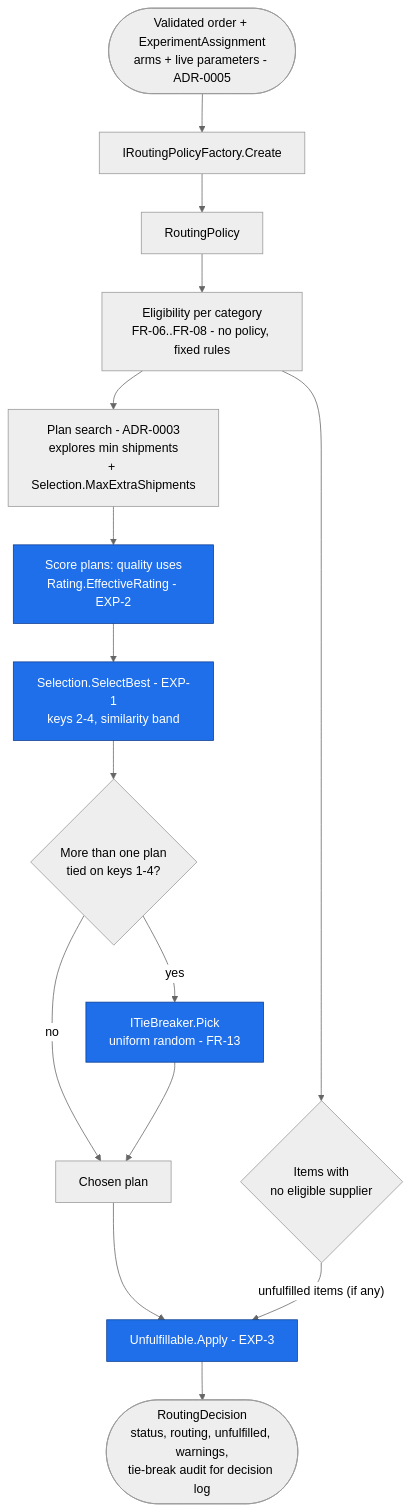
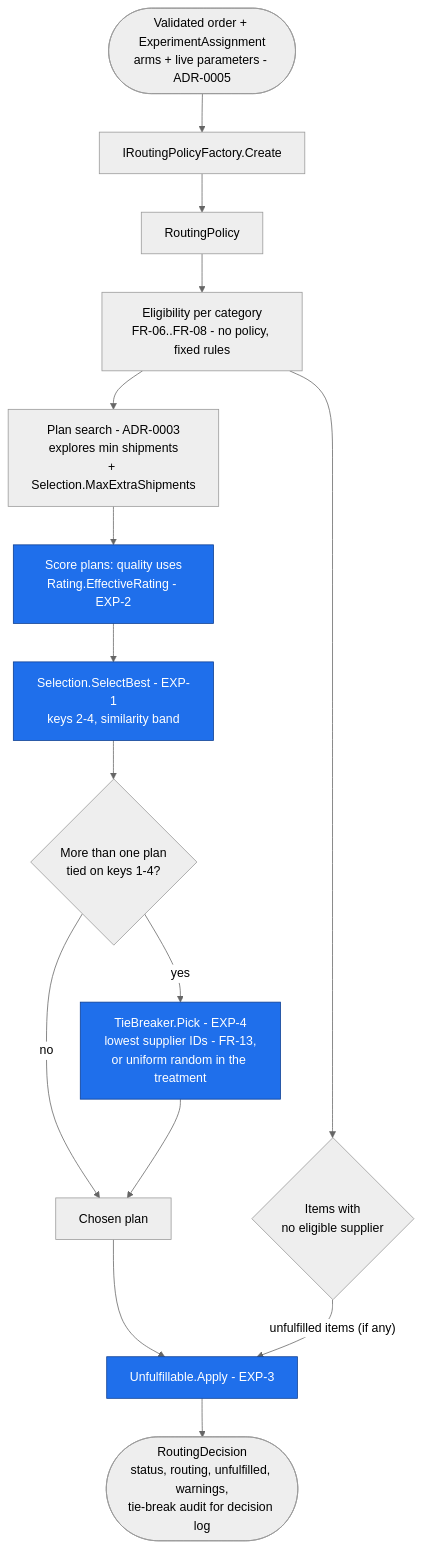
Before and after one commit to ricardochaidez/order-router: the second of 2 diagrams in Docs/ADRs/ADR-0001-routing-strategy-composition.md, drawn with Mermaid (neutral theme). The commit also changed other lines of this file and 84 other files, not shown here.

````diff
--- a/Docs/ADRs/ADR-0001-routing-strategy-composition.md
+++ b/Docs/ADRs/ADR-0001-routing-strategy-composition.md
@@ -116,20 +120,20 @@
 ```mermaid
 flowchart TD
     A([Validated order + ExperimentAssignment<br/>arms + live parameters - ADR-0005]) --> F[IRoutingPolicyFactory.Create]
     F --> P[RoutingPolicy]
     P --> E[Eligibility per category<br/>FR-06..FR-08 - no policy, fixed rules]
     E --> U{Items with<br/>no eligible supplier}
     E --> S[Plan search - ADR-0003<br/>explores min shipments<br/>+ Selection.MaxExtraShipments]
     S --> R[Score plans: quality uses<br/>Rating.EffectiveRating - EXP-2]
     R --> SEL[Selection.SelectBest - EXP-1<br/>keys 2-4, similarity band]
     SEL --> T{More than one plan<br/>tied on keys 1-4?}
-    T -->|yes| TB[ITieBreaker.Pick<br/>uniform random - FR-13]
+    T -->|yes| TB[TieBreaker.Pick - EXP-4<br/>lowest supplier IDs - FR-13,<br/>or uniform random in the treatment]
     T -->|no| PL[Chosen plan]
     TB --> PL
     PL --> UF[Unfulfillable.Apply - EXP-3]
     U -->|"unfulfilled items (if any)"| UF
     UF --> D([RoutingDecision<br/>status, routing, unfulfilled, warnings,<br/>tie-break audit for decision log])
 
     classDef seam fill:#1f6feb,color:#fff,stroke:#0b3d91
     class R,SEL,TB,UF seam
 ```
````
